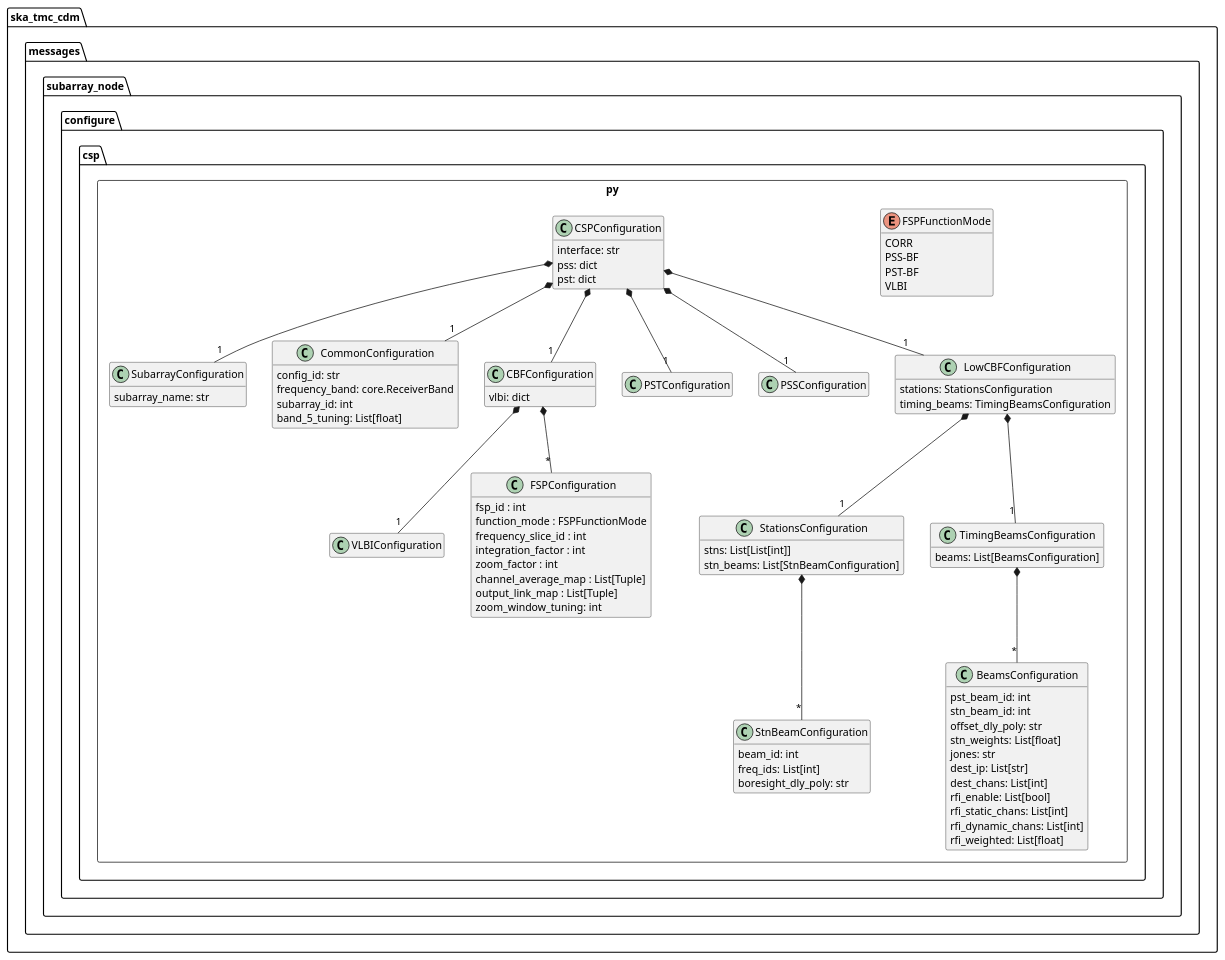
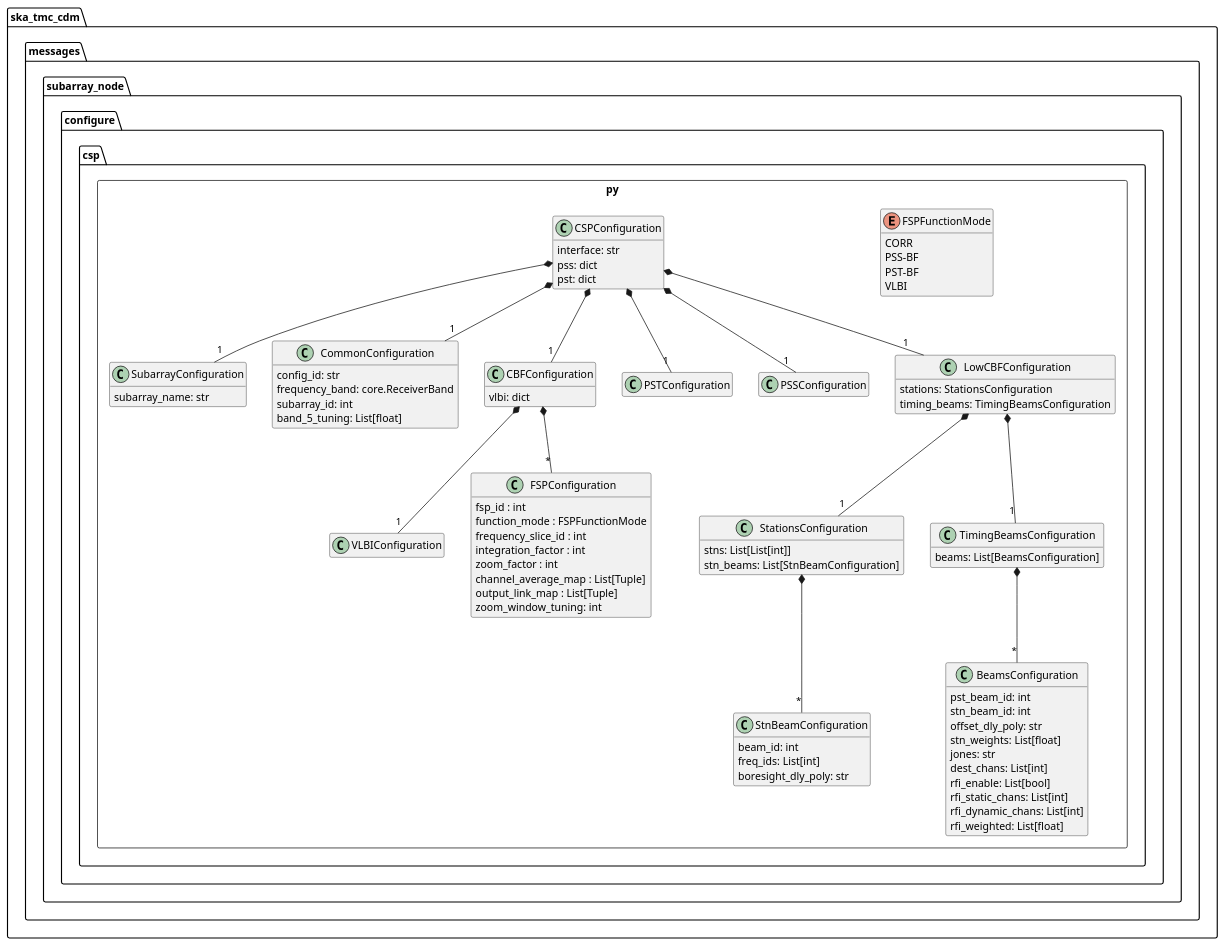
The diagram in docs/src/developer/subarraynode/csp.puml (ska-telescope/cdm-shared-library), drawn with PlantUML before and after one commit. The commit also changed 8 other files, not shown here.

```diff
--- a/docs/src/developer/subarraynode/csp.puml
+++ b/docs/src/developer/subarraynode/csp.puml
@@ -1,113 +1,112 @@
 @startuml
 hide empty members
 
 ' Remove the following lines when VLBI, PSS and PST
 ' are added to CDM
 remove VLBIConfiguration
 remove PSTConfiguration
 remove PSSConfiguration
 
 package ska_tmc_cdm.messages.subarray_node.configure {
 	package csp.py <<Rectangle>> {
 
 	    class SubarrayConfiguration {
 	        subarray_name: str
 	    }
 
 	    class CommonConfiguration {
 	        config_id: str
             frequency_band: core.ReceiverBand
             subarray_id: int
             band_5_tuning: List[float]
 	    }
 
 	    class CBFConfiguration {
             vlbi: dict
 	    }
 
 	    class PSTConfiguration {
 
 	    }
 
         class PSSConfiguration {
 
         }
 
         class VLBIConfiguration {
 
         }
 
 		enum FSPFunctionMode {
 			CORR
 			PSS-BF
 			PST-BF
 			VLBI
 		}
 
 		class FSPConfiguration {
 			fsp_id : int
 			function_mode : FSPFunctionMode
 			frequency_slice_id : int
 			integration_factor : int
 			zoom_factor : int
 			channel_average_map : List[Tuple]
 			output_link_map : List[Tuple]
 			zoom_window_tuning: int
 		}
 
 		class CSPConfiguration {
 	        interface: str
 	        pss: dict
 	        pst: dict
 
 		}
 
 		class LowCBFConfiguration {
 			stations: StationsConfiguration 
 			timing_beams: TimingBeamsConfiguration
 		}
 
 		class StationsConfiguration {
 			stns: List[List[int]]
         	stn_beams: List[StnBeamConfiguration]
 		}
 
 		class TimingBeamsConfiguration {
 			beams: List[BeamsConfiguration]
 		}
 		
 		class BeamsConfiguration {
 			pst_beam_id: int
 			stn_beam_id: int
 			offset_dly_poly: str
 			stn_weights: List[float]
 			jones: str
-			dest_ip: List[str]
 			dest_chans: List[int]
 			rfi_enable: List[bool]
 			rfi_static_chans: List[int]
 			rfi_dynamic_chans: List[int]
 			rfi_weighted: List[float]
 		}
 
 		class StnBeamConfiguration {
 			beam_id: int
 			freq_ids: List[int]
 			boresight_dly_poly: str
 		}
 
 		CBFConfiguration *-- "*" FSPConfiguration
 		CBFConfiguration *-- "1" VLBIConfiguration
 		CSPConfiguration *-- "1" CommonConfiguration
 		CSPConfiguration *-- "1" SubarrayConfiguration
 		CSPConfiguration *-- "1" CBFConfiguration
 		CSPConfiguration *-- "1" PSTConfiguration
 		CSPConfiguration *-- "1" PSSConfiguration
 		CSPConfiguration *-- "1" LowCBFConfiguration
 		LowCBFConfiguration *-- "1" StationsConfiguration
 		LowCBFConfiguration *-- "1" TimingBeamsConfiguration
 		TimingBeamsConfiguration *-- "*" BeamsConfiguration
 		StationsConfiguration *-- "*" StnBeamConfiguration
 	}
 }
 @enduml
```
